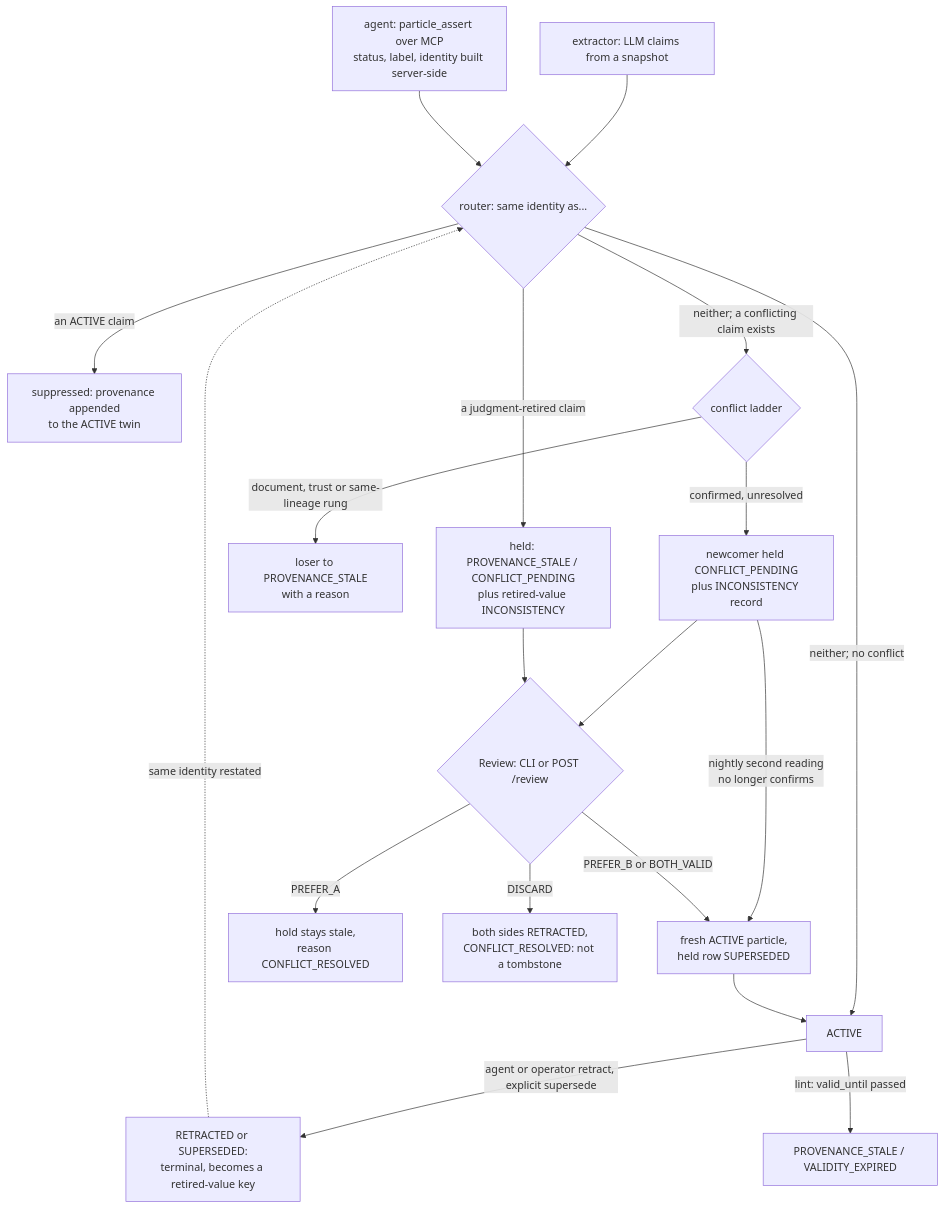
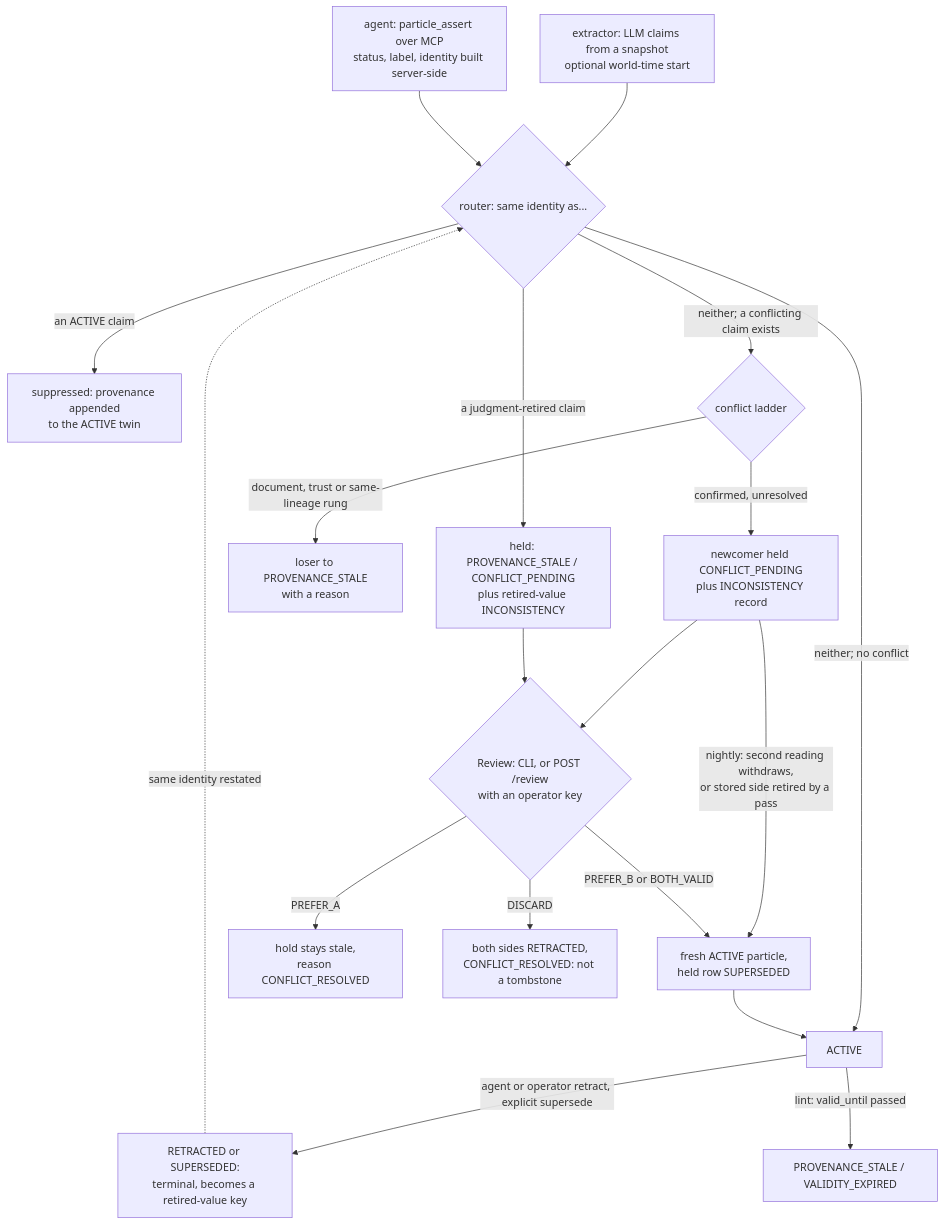
Before and after one commit to neoneye/agent-memory-atlas: the diagram in content/systems/particles.md, drawn with Mermaid. The commit also changed other lines of this file and 20 other files, not shown here.

````diff
--- a/content/systems/particles.md
+++ b/content/systems/particles.md
@@ -120,22 +125,22 @@
 ```mermaid
 %% caption: how a candidate claim becomes a belief in Particles, how it is held, and how it stops being one
 flowchart TD
-    X["extractor: LLM claims from a snapshot"] --> R{"router: same identity as..."}
+    X["extractor: LLM claims from a snapshot<br/>optional world-time start"] --> R{"router: same identity as..."}
     A["agent: particle_assert over MCP<br/>status, label, identity built server-side"] --> R
     R -- "an ACTIVE claim" --> SUP["suppressed: provenance appended<br/>to the ACTIVE twin"]
     R -- "a judgment-retired claim" --> HOLD["held: PROVENANCE_STALE / CONFLICT_PENDING<br/>plus retired-value INCONSISTENCY"]
     R -- "neither; a conflicting claim exists" --> L{"conflict ladder"}
     R -- "neither; no conflict" --> ACT["ACTIVE"]
     L -- "document, trust or same-lineage rung" --> DEM["loser to PROVENANCE_STALE<br/>with a reason"]
     L -- "confirmed, unresolved" --> Q["newcomer held CONFLICT_PENDING<br/>plus INCONSISTENCY record"]
-    Q --> REV{"Review: CLI or POST /review"}
+    Q --> REV{"Review: CLI, or POST /review<br/>with an operator key"}
     HOLD --> REV
-    Q -- "nightly second reading<br/>no longer confirms" --> MINT
+    Q -- "nightly: second reading withdraws,<br/>or stored side retired by a pass" --> MINT
     REV -- "PREFER_B or BOTH_VALID" --> MINT["fresh ACTIVE particle,<br/>held row SUPERSEDED"]
     REV -- "PREFER_A" --> KEEP["hold stays stale,<br/>reason CONFLICT_RESOLVED"]
     REV -- "DISCARD" --> DIS["both sides RETRACTED,<br/>CONFLICT_RESOLVED: not a tombstone"]
     MINT --> ACT
     ACT -- "agent or operator retract, explicit supersede" --> RET["RETRACTED or SUPERSEDED:<br/>terminal, becomes a retired-value key"]
     ACT -- "lint: valid_until passed" --> STALE["PROVENANCE_STALE / VALIDITY_EXPIRED"]
     RET -. "same identity restated" .-> R
 ```
````
